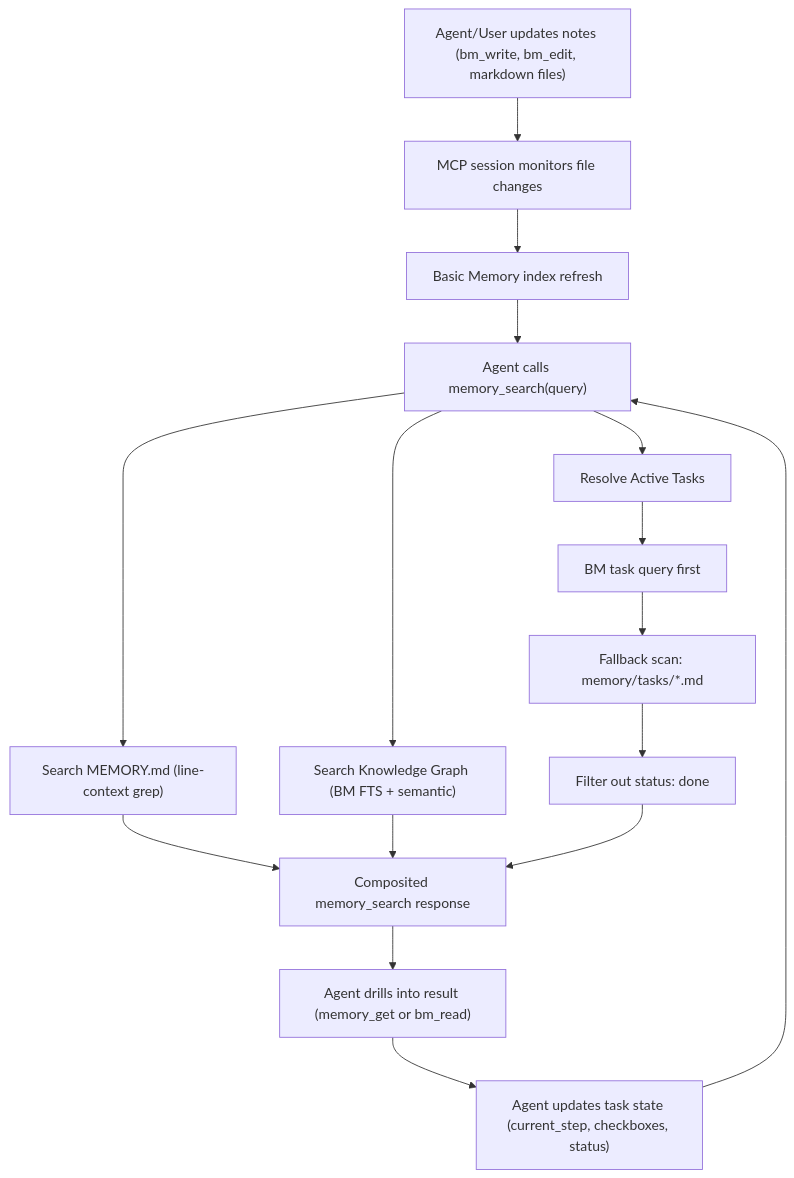
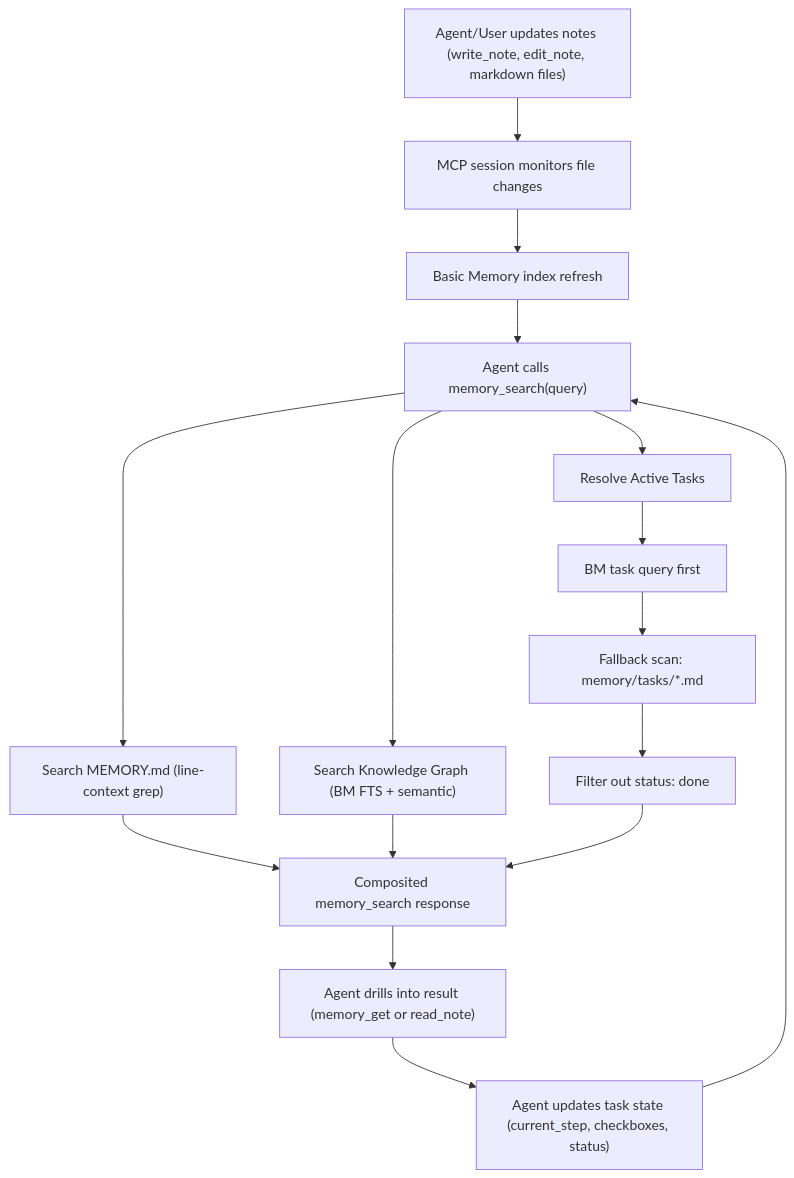
Before and after one commit to basicmachines-co/openclaw-basic-memory: the diagram in MEMORY_TASK_FLOW.md, drawn with Mermaid. The commit also changed other lines of this file and 39 other files, not shown here.

````diff
--- a/MEMORY_TASK_FLOW.md
+++ b/MEMORY_TASK_FLOW.md
@@ -30,22 +30,22 @@
 ```mermaid
 flowchart TD
-    A["Agent/User updates notes (bm_write, bm_edit, markdown files)"] --> B["MCP session monitors file changes"]
+    A["Agent/User updates notes (write_note, edit_note, markdown files)"] --> B["MCP session monitors file changes"]
     B --> C["Basic Memory index refresh"]
     C --> D["Agent calls memory_search(query)"]
 
     D --> E["Search MEMORY.md (line-context grep)"]
     D --> F["Search Knowledge Graph (BM FTS + semantic)"]
     D --> G["Resolve Active Tasks"]
 
     G --> G1["BM task query first"]
     G1 --> G2["Fallback scan: memory/tasks/*.md"]
     G2 --> G3["Filter out status: done"]
 
     E --> H["Composited memory_search response"]
     F --> H
     G3 --> H
 
-    H --> I["Agent drills into result (memory_get or bm_read)"]
+    H --> I["Agent drills into result (memory_get or read_note)"]
     I --> J["Agent updates task state (current_step, checkboxes, status)"]
     J --> D
 ```
````
